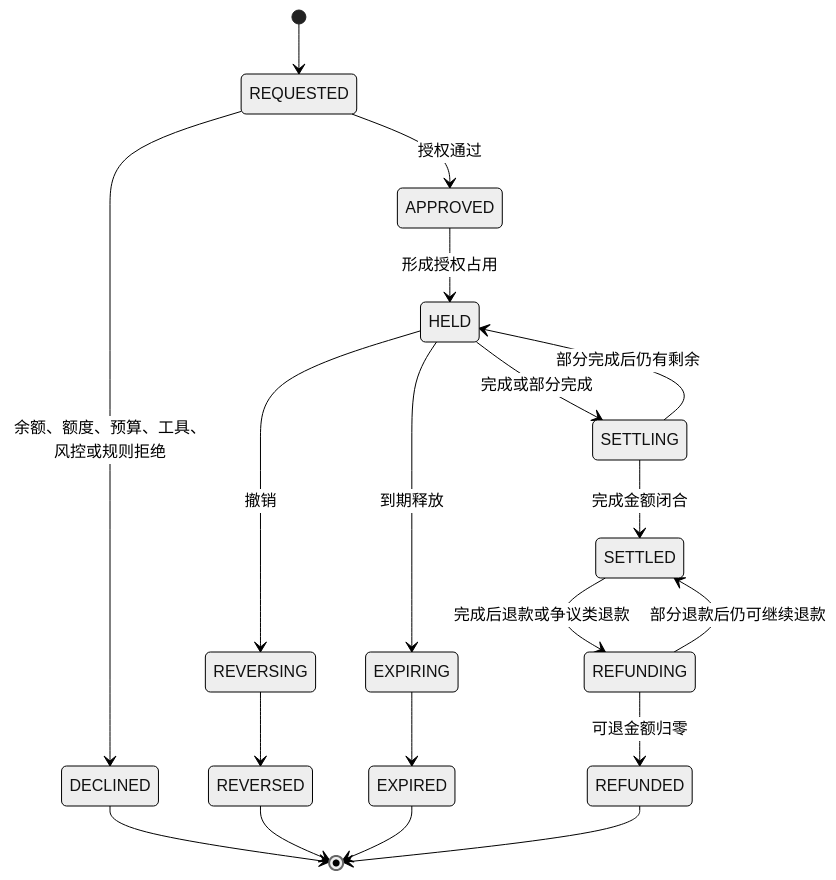
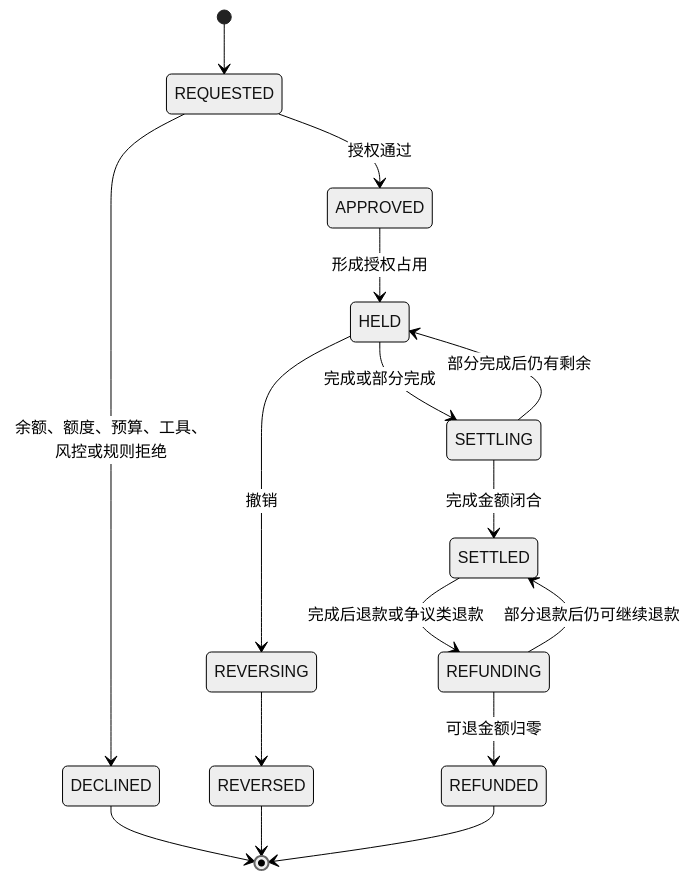
The fifth of 21 diagrams in docs/产品设计/02-交易路由钱包账目与投影.md (fengwuxp/wind-funds), drawn with Mermaid (neutral theme) before and after one commit. The commit also changed other lines of this file and 91 other files, not shown here.

````diff
--- a/docs/产品设计/02-交易路由钱包账目与投影.md
+++ b/docs/产品设计/02-交易路由钱包账目与投影.md
@@ -335,21 +336,18 @@
 ```mermaid
 stateDiagram
     [*] --> REQUESTED
     REQUESTED --> DECLINED: 余额、额度、预算、工具、风控或规则拒绝
     REQUESTED --> APPROVED: 授权通过
     APPROVED --> HELD: 形成授权占用
     HELD --> SETTLING: 完成或部分完成
     HELD --> REVERSING: 撤销
-    HELD --> EXPIRING: 到期释放
     SETTLING --> HELD: 部分完成后仍有剩余
     SETTLING --> SETTLED: 完成金额闭合
     SETTLED --> REFUNDING: 完成后退款或争议类退款
     REFUNDING --> SETTLED: 部分退款后仍可继续退款
     REFUNDING --> REFUNDED: 可退金额归零
     REVERSING --> REVERSED
-    EXPIRING --> EXPIRED
     DECLINED --> [*]
     REVERSED --> [*]
-    EXPIRED --> [*]
     REFUNDED --> [*]
 ```
````
